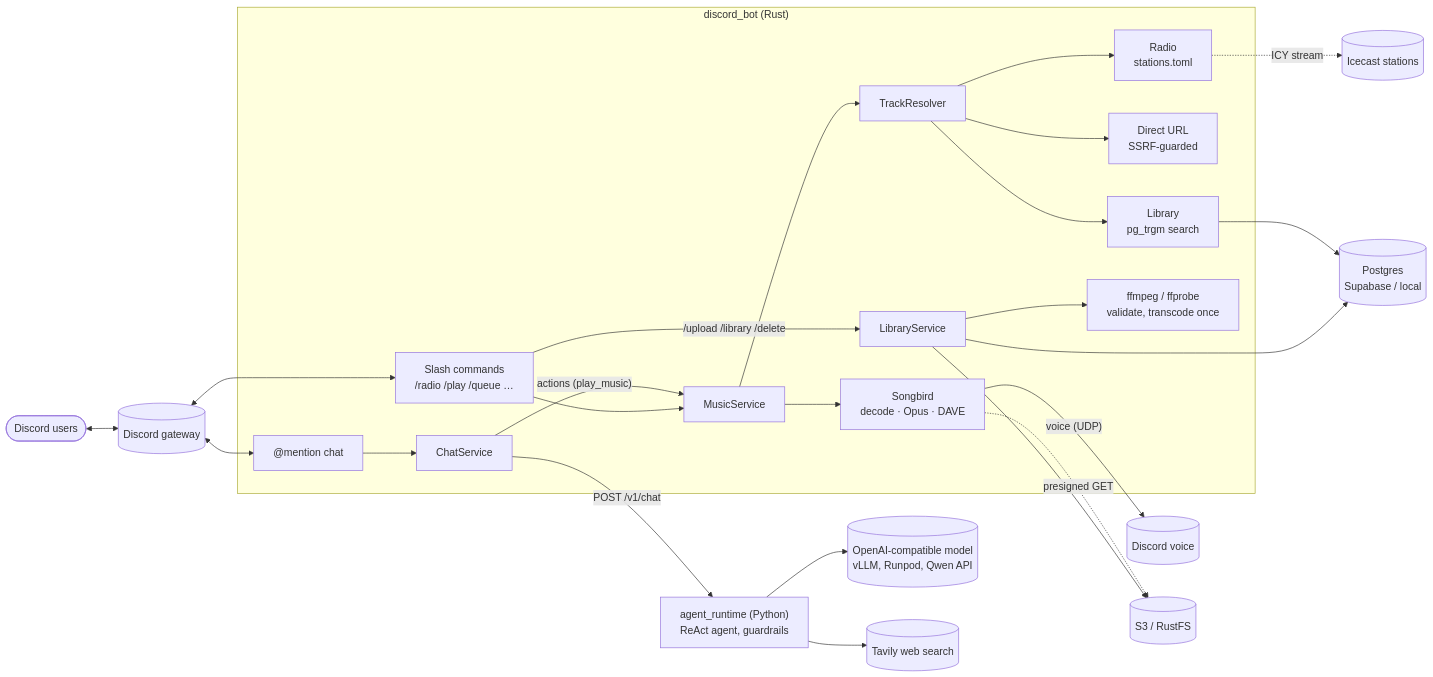
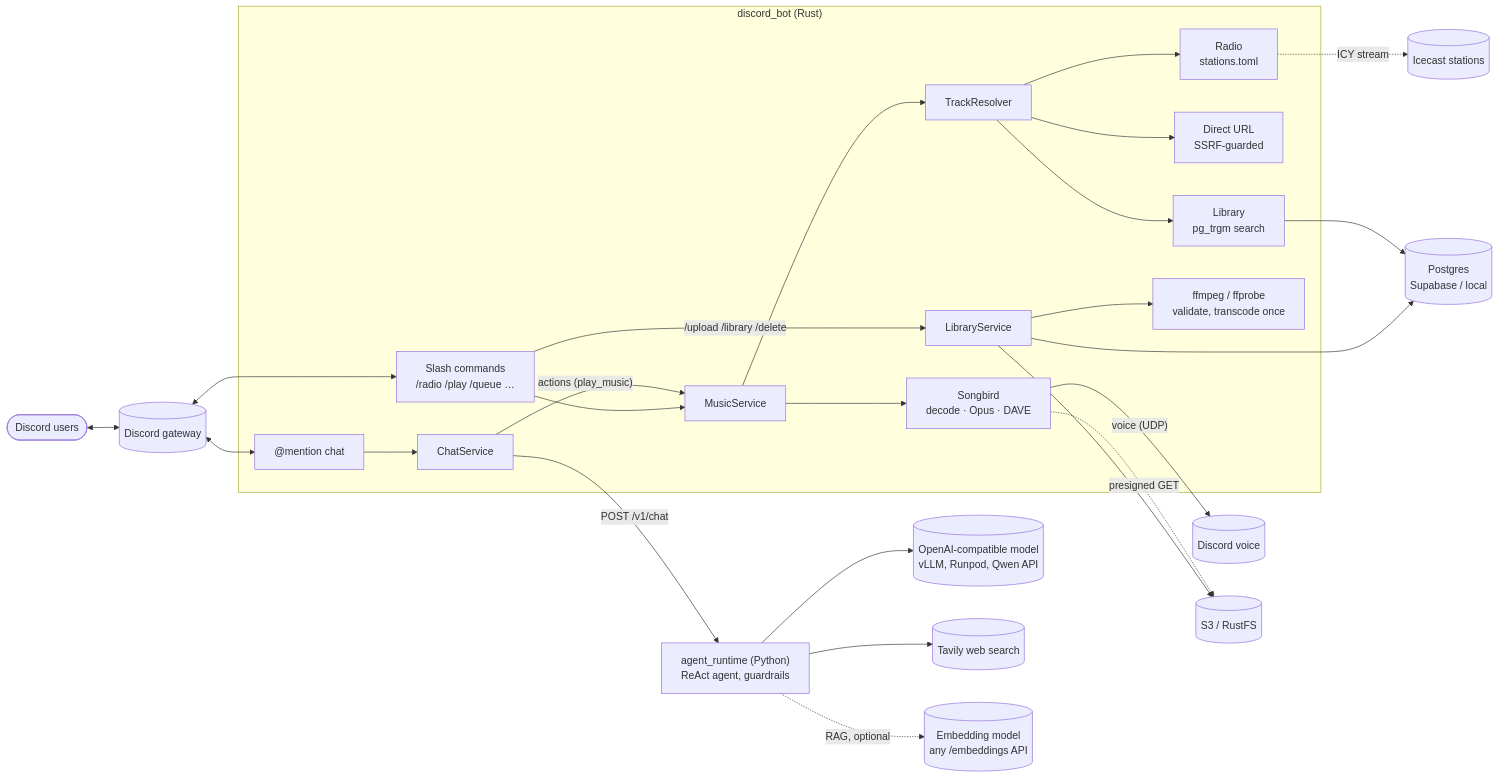
The diagram in README.md (PatiphanAK/tatarbot), drawn with Mermaid before and after one commit. The commit also changed other lines of this file and 24 other files, not shown here.

First line of the commit message:
Add RAG knowledge base with pluggable embedding models

````diff
--- a/README.md
+++ b/README.md
@@ -12,29 +12,30 @@
 ```mermaid
 flowchart LR
     users([Discord users]) <--> gateway[(Discord gateway)]
 
     subgraph bot["discord_bot (Rust)"]
         slash["Slash commands<br/>/radio /play /queue …"] --> music[MusicService]
         mention["@mention chat"] --> chat[ChatService]
         chat -- "actions (play_music)" --> music
         music --> resolver[TrackResolver]
         resolver --> radio["Radio<br/>stations.toml"]
         resolver --> link["Direct URL<br/>SSRF-guarded"]
         resolver --> lib["Library<br/>pg_trgm search"]
         music --> songbird["Songbird<br/>decode · Opus · DAVE"]
         slash -- "/upload /library /delete" --> library[LibraryService]
         library --> ffmpeg["ffmpeg / ffprobe<br/>validate, transcode once"]
     end
 
     gateway <--> slash
     gateway <--> mention
     songbird -- "voice (UDP)" --> voice[(Discord voice)]
     radio -. "ICY stream" .-> icecast[(Icecast stations)]
     chat -- "POST /v1/chat" --> runtime["agent_runtime (Python)<br/>ReAct agent, guardrails"]
     runtime --> model[(OpenAI-compatible model<br/>vLLM, Runpod, Qwen API)]
     runtime --> tavily[(Tavily web search)]
+    runtime -. "RAG, optional" .-> embed[(Embedding model<br/>any /embeddings API)]
     library --> pg[(Postgres<br/>Supabase / local)]
     library --> s3[(S3 / RustFS)]
     lib --> pg
     songbird -. "presigned GET" .-> s3
 ```
````
